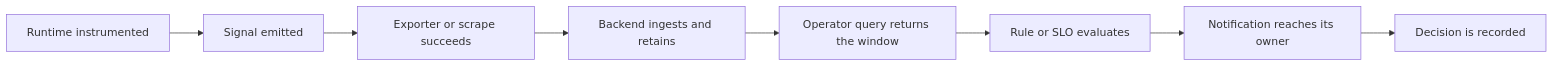
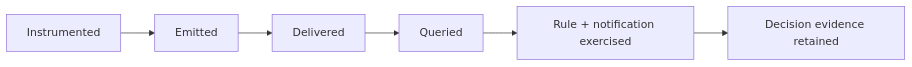
The second of 2 diagrams in docs/bijux-atlas-ops/observability/index.md (bijux/bijux-atlas), drawn with Mermaid before and after one commit. The commit also changed other lines of this file and 2 other files, not shown here.

````diff
--- a/docs/bijux-atlas-ops/observability/index.md
+++ b/docs/bijux-atlas-ops/observability/index.md
@@ -74,10 +42,8 @@
 ```mermaid
 flowchart LR
-    Instrument[Runtime instrumented] --> Emit[Signal emitted]
-    Emit --> Transport[Exporter or scrape succeeds]
-    Transport --> Store[Backend ingests and retains]
-    Store --> Query[Operator query returns the window]
-    Query --> Evaluate[Rule or SLO evaluates]
-    Evaluate --> Notify[Notification reaches its owner]
-    Notify --> Act[Decision is recorded]
+    Instrument[Instrumented] --> Emit[Emitted]
+    Emit --> Deliver[Delivered]
+    Deliver --> Query[Queried]
+    Query --> Exercise[Rule + notification exercised]
+    Exercise --> Retain[Decision evidence retained]
 ```
````
